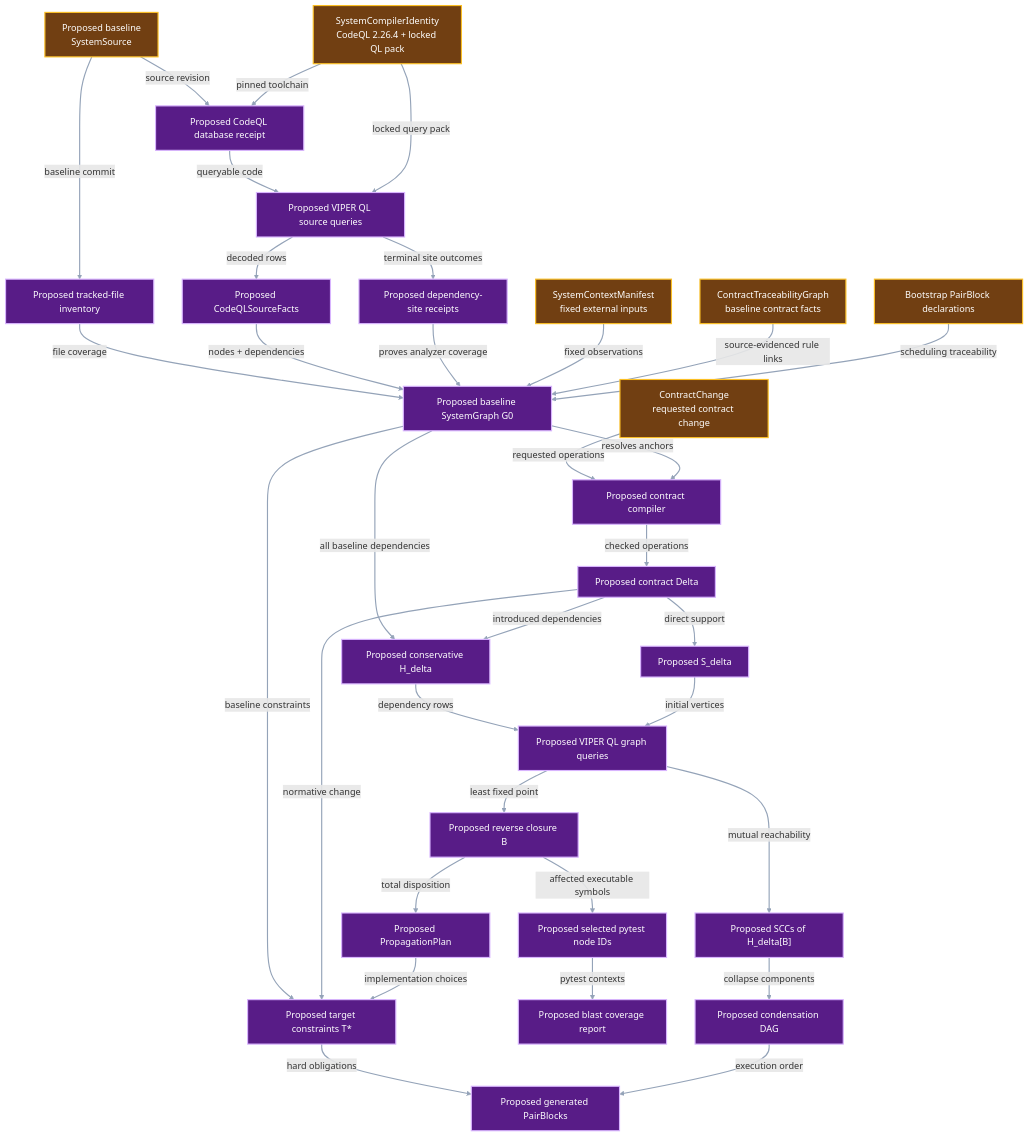
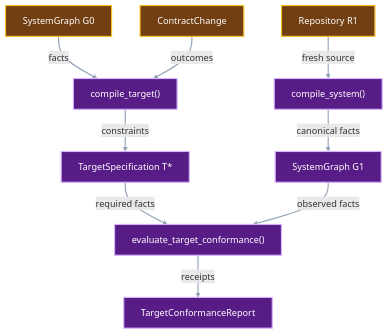
One commit to pvd232/viper changed the third of 4 diagrams in docs/development/system-impact-compiler.md. Above: the diagram before and after it, drawn with Mermaid. The commit also changed other lines of this file and 7 other files, not shown here.

Commit message:
Narrow System Impact to conformance experiment

````diff
--- a/docs/development/system-impact-compiler.md
+++ b/docs/development/system-impact-compiler.md
@@ -331,67 +152,27 @@
 ```mermaid
-flowchart TD
-    Baseline["Proposed baseline<br/>SystemSource"]
-    Compiler["SystemCompilerIdentity<br/>CodeQL 2.26.4 + locked QL pack"]
-    Context["SystemContextManifest<br/>fixed external inputs"]
-    Traceability["ContractTraceabilityGraph<br/>baseline contract facts"]
-    Change["ContractChange<br/>requested contract change"]
-    Bootstrap["Bootstrap PairBlock declarations"]
-    Inventory["Proposed tracked-file inventory"]
-    Database["Proposed CodeQL database receipt"]
-    Queries["Proposed VIPER QL source queries"]
-    Facts["Proposed CodeQLSourceFacts"]
-    Sites["Proposed dependency-site receipts"]
-    Graph["Proposed baseline SystemGraph G0"]
-    ContractCompiler["Proposed contract compiler"]
-    Delta["Proposed contract Delta"]
-    Overlay["Proposed conservative H_delta"]
-    Support["Proposed S_delta"]
-    GraphQueries["Proposed VIPER QL graph queries"]
-    Closure["Proposed reverse closure B"]
-    SCC["Proposed SCCs of H_delta[B]"]
-    DAG["Proposed condensation DAG"]
-    Select["Proposed selected pytest node IDs"]
-    Coverage["Proposed blast coverage report"]
-    Plan["Proposed PropagationPlan"]
-    Target["Proposed target constraints T*"]
-    Work["Proposed generated PairBlocks"]
+flowchart TB
+    Baseline["SystemGraph G0"]
+    Change["ContractChange"]
+    Compile["compile_target()"]
+    Target["TargetSpecification T*"]
+    Result["Repository R1"]
+    Observe["compile_system()"]
+    Graph["SystemGraph G1"]
+    Check["evaluate_target_conformance()"]
+    Receipt["TargetConformanceReport"]
+    Baseline -->|"facts"| Compile
+    Change -->|"outcomes"| Compile
+    Compile -->|"constraints"| Target
+    Result -->|"fresh source"| Observe
+    Observe -->|"canonical facts"| Graph
+    Target -->|"required facts"| Check
+    Graph -->|"observed facts"| Check
+    Check -->|"receipts"| Receipt
 
-    Baseline -->|"baseline commit"| Inventory
-    Baseline -->|"source revision"| Database
-    Compiler -->|"pinned toolchain"| Database
-    Database -->|"queryable code"| Queries
-    Compiler -->|"locked query pack"| Queries
-    Queries -->|"decoded rows"| Facts
-    Queries -->|"terminal site outcomes"| Sites
-    Inventory -->|"file coverage"| Graph
-    Facts -->|"nodes + dependencies"| Graph
-    Sites -->|"proves analyzer coverage"| Graph
-    Context -->|"fixed observations"| Graph
-    Traceability -->|"source-evidenced rule links"| Graph
-    Bootstrap -->|"scheduling traceability"| Graph
-    Change -->|"requested operations"| ContractCompiler
-    Graph -->|"resolves anchors"| ContractCompiler
-    ContractCompiler -->|"checked operations"| Delta
-    Graph -->|"all baseline dependencies"| Overlay
-    Delta -->|"introduced dependencies"| Overlay
-    Delta -->|"direct support"| Support
-    Overlay -->|"dependency rows"| GraphQueries
-    Support -->|"initial vertices"| GraphQueries
-    GraphQueries -->|"least fixed point"| Closure
-    GraphQueries -->|"mutual reachability"| SCC
-    SCC -->|"collapse components"| DAG
-    Closure -->|"affected executable symbols"| Select
-    Select -->|"pytest contexts"| Coverage
-    Closure -->|"total disposition"| Plan
-    Graph -->|"baseline constraints"| Target
-    Delta -->|"normative change"| Target
-    Plan -->|"implementation choices"| Target
-    Target -->|"hard obligations"| Work
-    DAG -->|"execution order"| Work
-
-    class Baseline,Compiler,Context,Traceability,Change,Bootstrap input
-    class Inventory,Database,Queries,Facts,Sites,Graph,ContractCompiler,Delta,Overlay,Support,GraphQueries,Closure,SCC,DAG,Select,Coverage,Plan,Target,Work proposed
+    class Baseline,Change,Result input
+    class Compile,Observe,Check proposed
+    class Target,Graph,Receipt proposed
     classDef input fill:#713f12,stroke:#fbbf24,color:#ffffff,stroke-width:2px
     classDef proposed fill:#581c87,stroke:#d8b4fe,color:#ffffff,stroke-width:2px
     linkStyle default stroke:#94a3b8,stroke-width:2px
 ```
````
